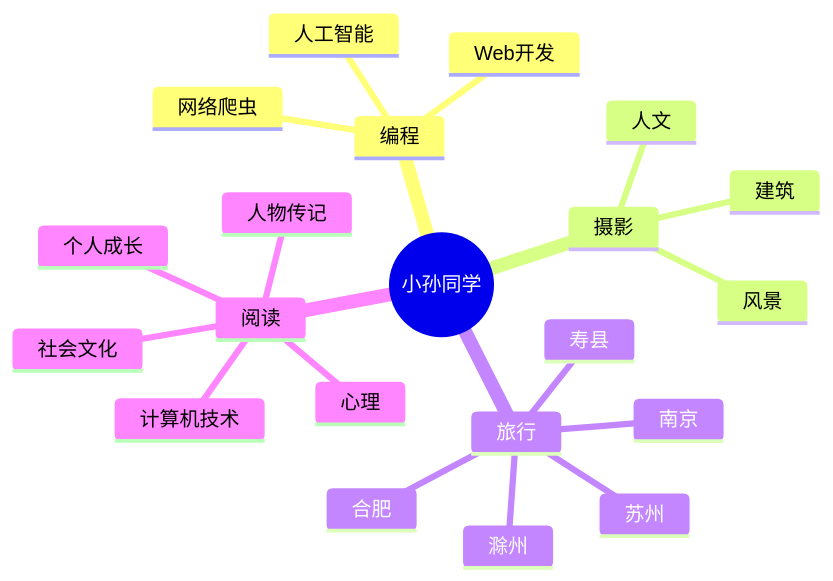
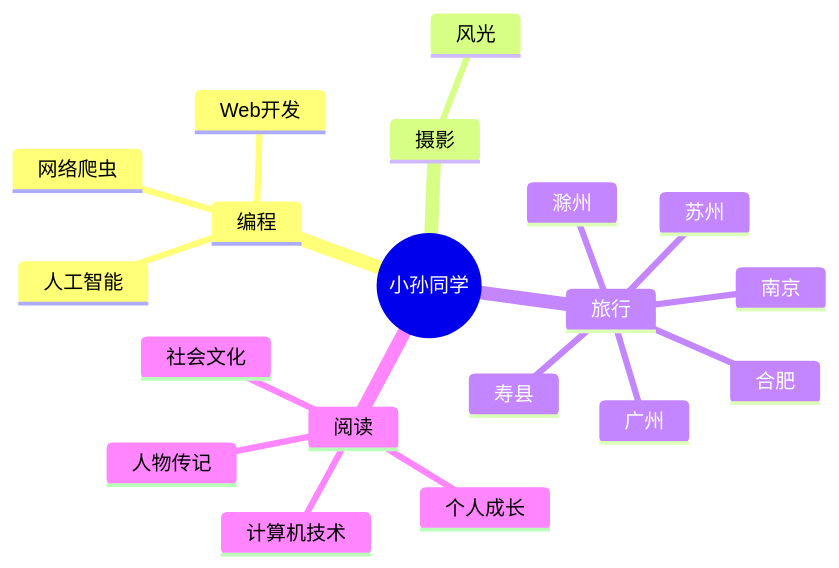
One commit to sun0225SUN/sun0225SUN changed the diagram in README.md. Above: the diagram before and after it, drawn with Mermaid. The commit also changed other lines of this file, not shown here.

````diff
--- a/README.md
+++ b/README.md
@@ -199,24 +199,22 @@
 ```mermaid
 mindmap
   root((小孙同学))
     编程
       Web开发
       网络爬虫
       人工智能
     摄影
-      人文
-      建筑
-      风景
+      风光
     旅行
+      广州
       苏州
       南京
       滁州
       合肥
       寿县
     阅读
       人物传记
       个人成长
       社会文化
-      心理
       计算机技术
 ```
````
